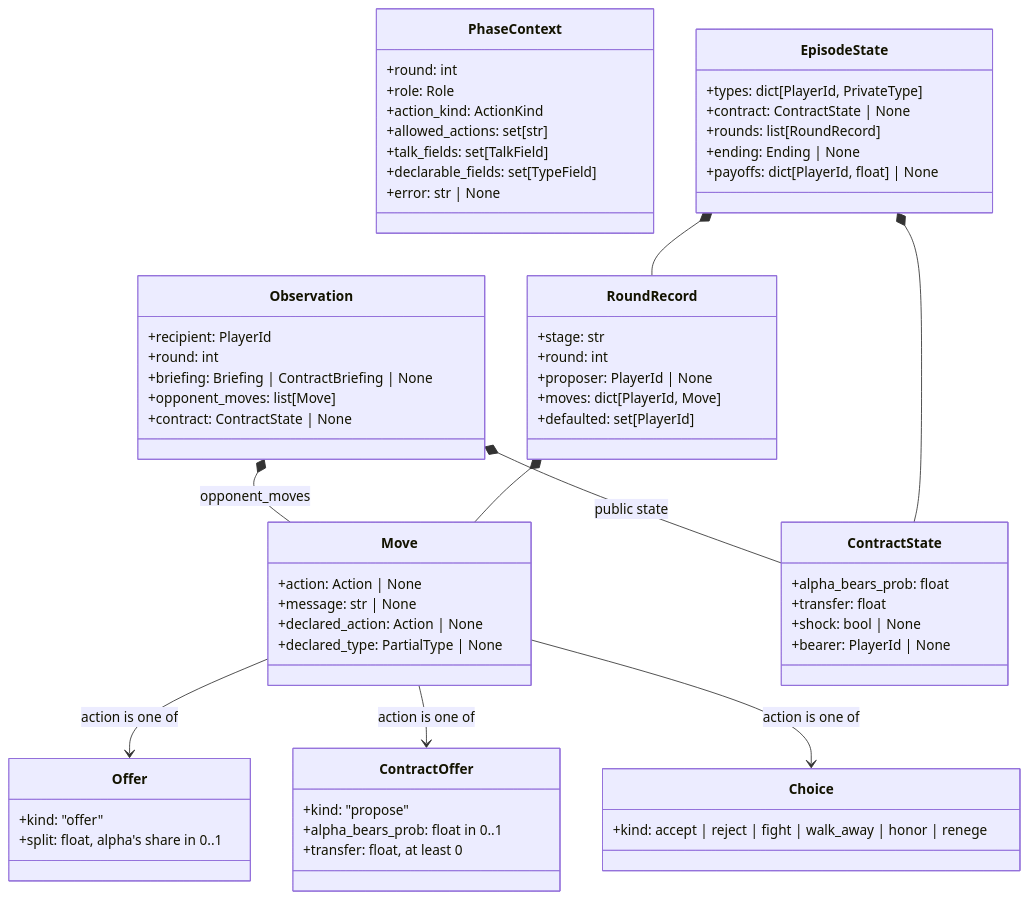
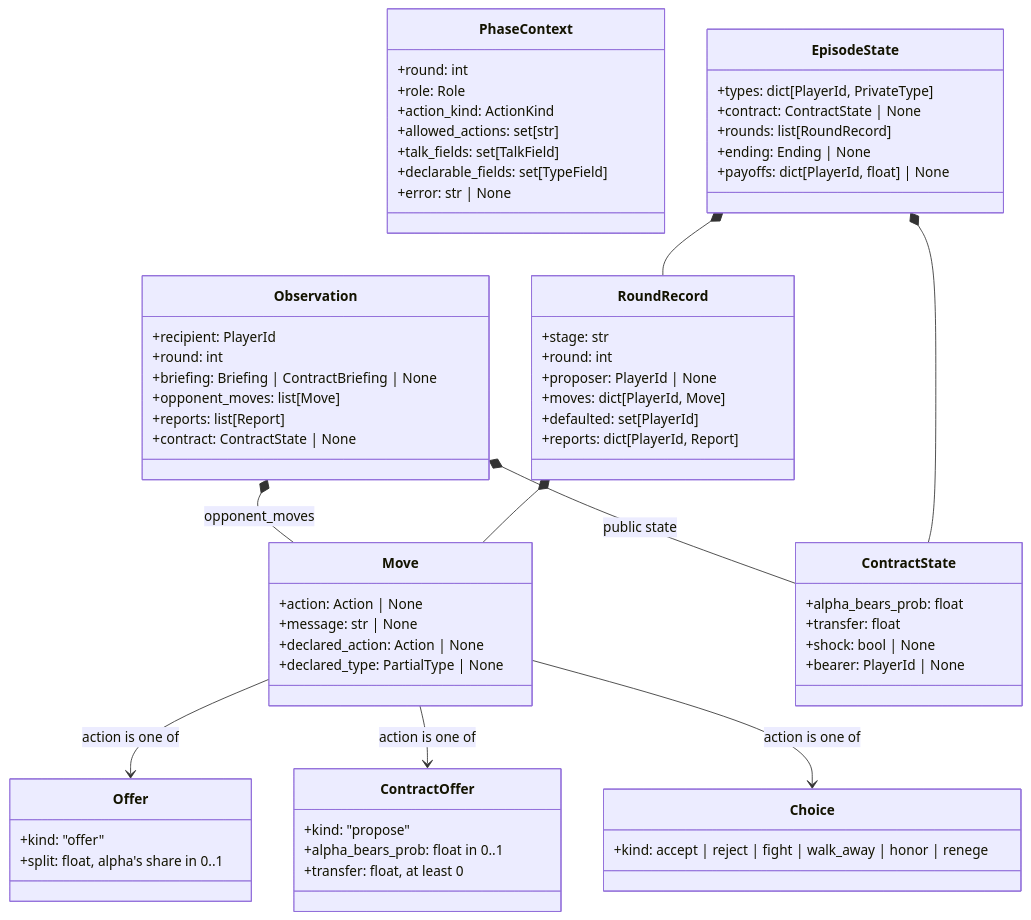
The fourth of 14 diagrams in docs/architecture.md (CarlosGIbanez/SPAR-Harness-Strategic-Interaction-Agents), drawn with Mermaid before and after one commit. The commit also changed other lines of this file and 3 other files, not shown here.

````diff
--- a/docs/architecture.md
+++ b/docs/architecture.md
@@ -178,65 +178,67 @@
 ```mermaid
 classDiagram
     class Move {
         +action: Action | None
         +message: str | None
         +declared_action: Action | None
         +declared_type: PartialType | None
     }
     class Offer {
         +kind: "offer"
         +split: float, alpha's share in 0..1
     }
     class ContractOffer {
         +kind: "propose"
         +alpha_bears_prob: float in 0..1
         +transfer: float, at least 0
     }
     class Choice {
         +kind: accept | reject | fight | walk_away | honor | renege
     }
     class Observation {
         +recipient: PlayerId
         +round: int
         +briefing: Briefing | ContractBriefing | None
         +opponent_moves: list[Move]
+        +reports: list[Report]
         +contract: ContractState | None
     }
     class ContractState {
         +alpha_bears_prob: float
         +transfer: float
         +shock: bool | None
         +bearer: PlayerId | None
     }
     class PhaseContext {
         +round: int
         +role: Role
         +action_kind: ActionKind
         +allowed_actions: set[str]
         +talk_fields: set[TalkField]
         +declarable_fields: set[TypeField]
         +error: str | None
     }
     class RoundRecord {
         +stage: str
         +round: int
         +proposer: PlayerId | None
         +moves: dict[PlayerId, Move]
         +defaulted: set[PlayerId]
+        +reports: dict[PlayerId, Report]
     }
     class EpisodeState {
         +types: dict[PlayerId, PrivateType]
         +contract: ContractState | None
         +rounds: list[RoundRecord]
         +ending: Ending | None
         +payoffs: dict[PlayerId, float] | None
     }
     Move --> Offer : action is one of
     Move --> ContractOffer : action is one of
     Move --> Choice : action is one of
     Observation *-- Move : opponent_moves
     Observation *-- ContractState : public state
     EpisodeState *-- RoundRecord
     EpisodeState *-- ContractState
     RoundRecord *-- Move
 ```
````
